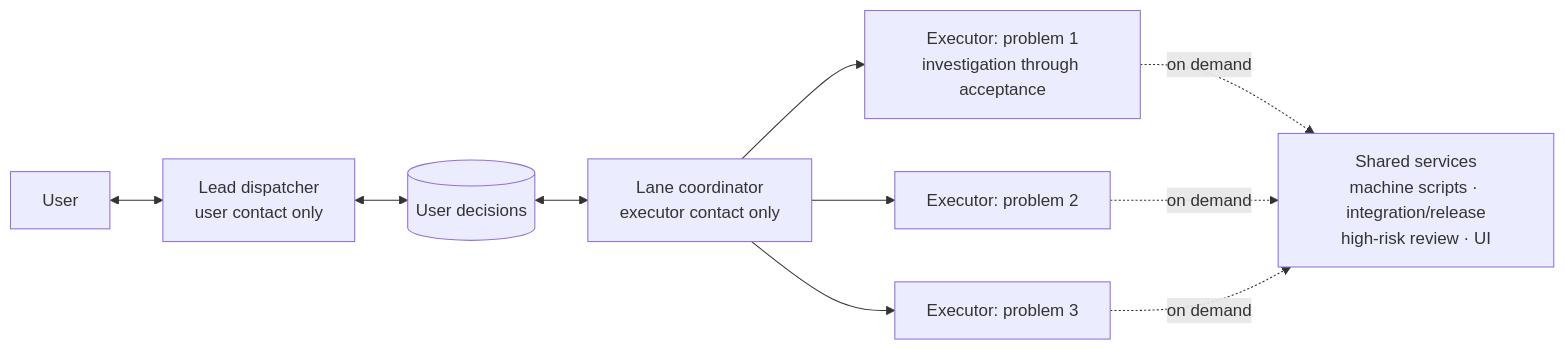
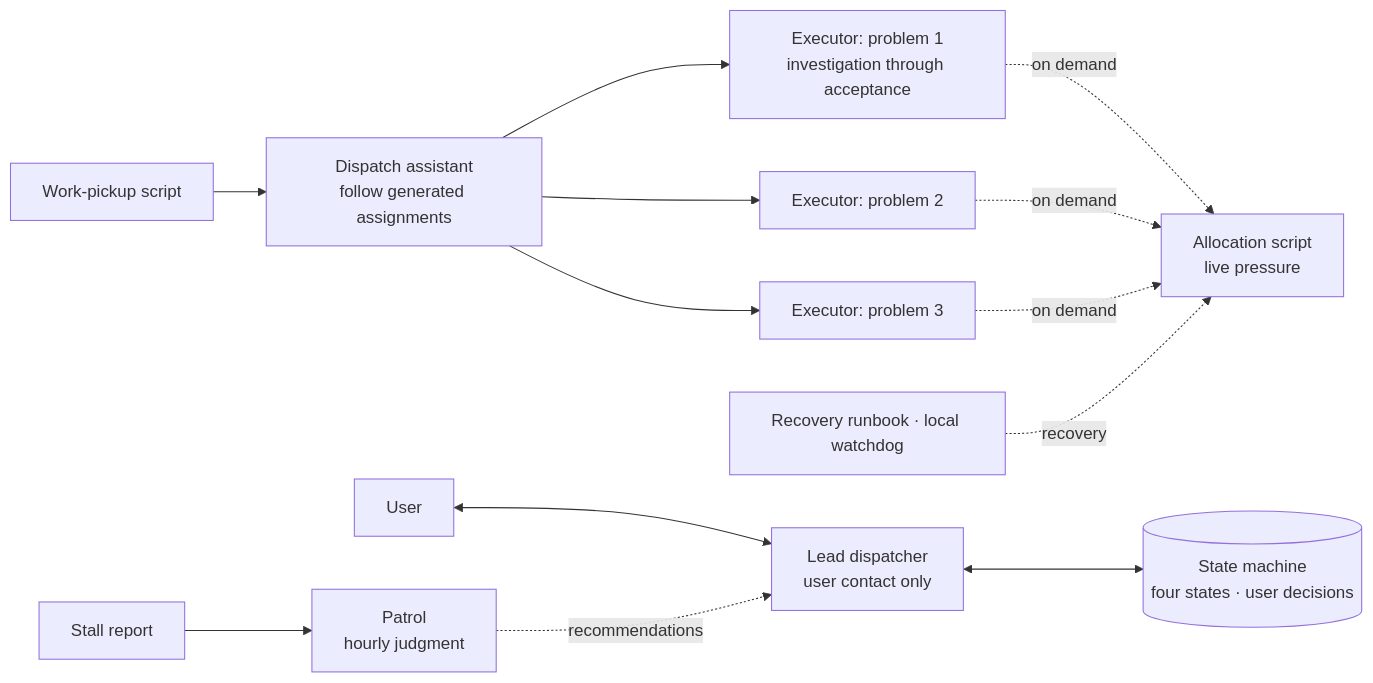
The diagram in README.en.md (LaiHu2002/reliable-agent-dispatch), drawn with Mermaid before and after one commit. The commit also changed other lines of this file and 5 other files, not shown here.

````diff
--- a/README.en.md
+++ b/README.en.md
@@ -11,10 +11,13 @@
 ```mermaid
 flowchart LR
     U[User] <--> D[Lead dispatcher<br/>user contact only]
-    D <--> Q[(User decisions)]
-    Q <--> M[Lane coordinator<br/>executor contact only]
-    M --> W1[Executor: problem 1<br/>investigation through acceptance]
-    M --> W2[Executor: problem 2]
-    M --> W3[Executor: problem 3]
-    W1 & W2 & W3 -.on demand.-> F[Shared services<br/>machine scripts · integration/release<br/>high-risk review · UI]
+    D <--> Q[(State machine<br/>four states · user decisions)]
+    S1[Work-pickup script] --> F[Dispatch assistant<br/>follow generated assignments]
+    F --> W1[Executor: problem 1<br/>investigation through acceptance]
+    F --> W2[Executor: problem 2]
+    F --> W3[Executor: problem 3]
+    W1 & W2 & W3 -.on demand.-> M[Allocation script<br/>live pressure]
+    S2[Stall report] --> P[Patrol<br/>hourly judgment]
+    P -.recommendations.-> D
+    H[Recovery runbook · local watchdog] -.recovery.-> M
 ```
````
